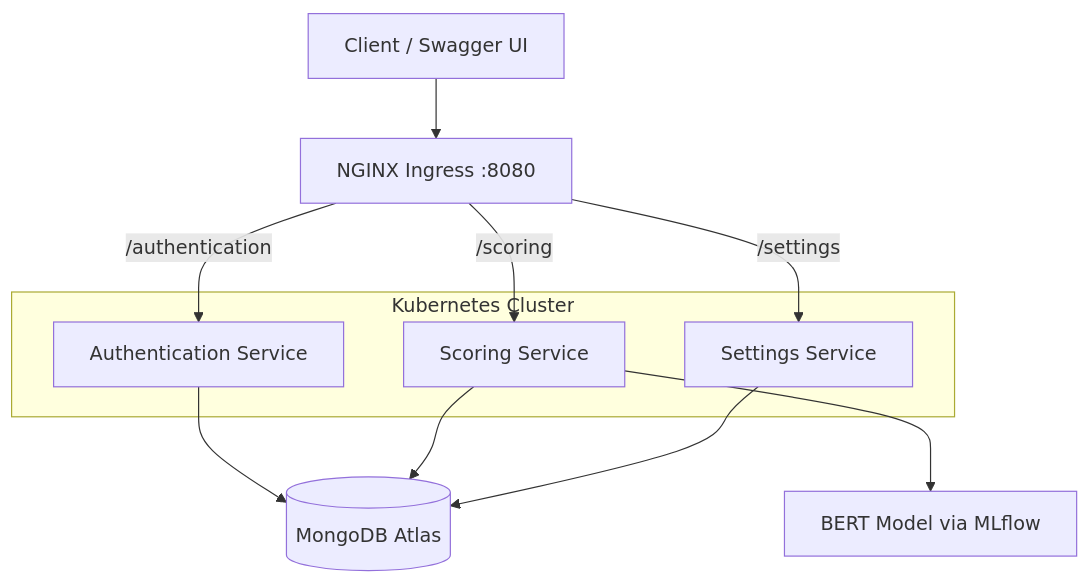
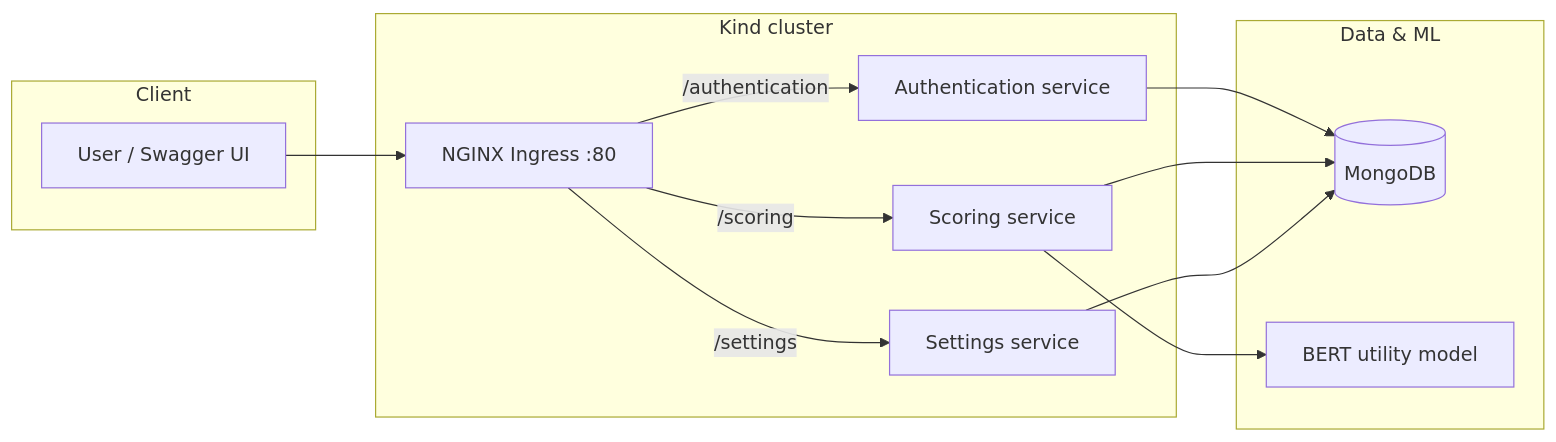
One commit to MateoMarthoz/utility-scoring-saas changed the diagram in README.md. Above: the diagram before and after it, drawn with Mermaid. The commit also changed other lines of this file and 1 other file, not shown here.

````diff
--- a/README.md
+++ b/README.md
@@ -19,23 +22,27 @@
 ```mermaid
-flowchart TB
-    Client[Client / Swagger UI]
-    Ingress[NGINX Ingress :8080]
+flowchart LR
+  subgraph client [Client]
+    U[User / Swagger UI]
+  end
 
-    subgraph Kubernetes Cluster
-        Auth[Authentication Service]
-        Score[Scoring Service]
-        Settings[Settings Service]
-    end
+  subgraph ingress [Kind cluster]
+    NGINX[NGINX Ingress :80]
+    AUTH[Authentication service]
+    SCORE[Scoring service]
+    SET[Settings service]
+  end
 
-    MongoDB[(MongoDB Atlas)]
+  subgraph data [Data & ML]
+    MONGO[(MongoDB)]
+    BERT[BERT utility model]
+  end
 
-    Client --> Ingress
-    Ingress -->|/authentication| Auth
-    Ingress -->|/scoring| Score
-    Ingress -->|/settings| Settings
-
-    Auth --> MongoDB
-    Score --> MongoDB
-    Settings --> MongoDB
-    Score --> Model[BERT Model via MLflow]
+  U --> NGINX
+  NGINX -->|/authentication| AUTH
+  NGINX -->|/scoring| SCORE
+  NGINX -->|/settings| SET
+  AUTH --> MONGO
+  SCORE --> BERT
+  SCORE --> MONGO
+  SET --> MONGO
 ```
````
